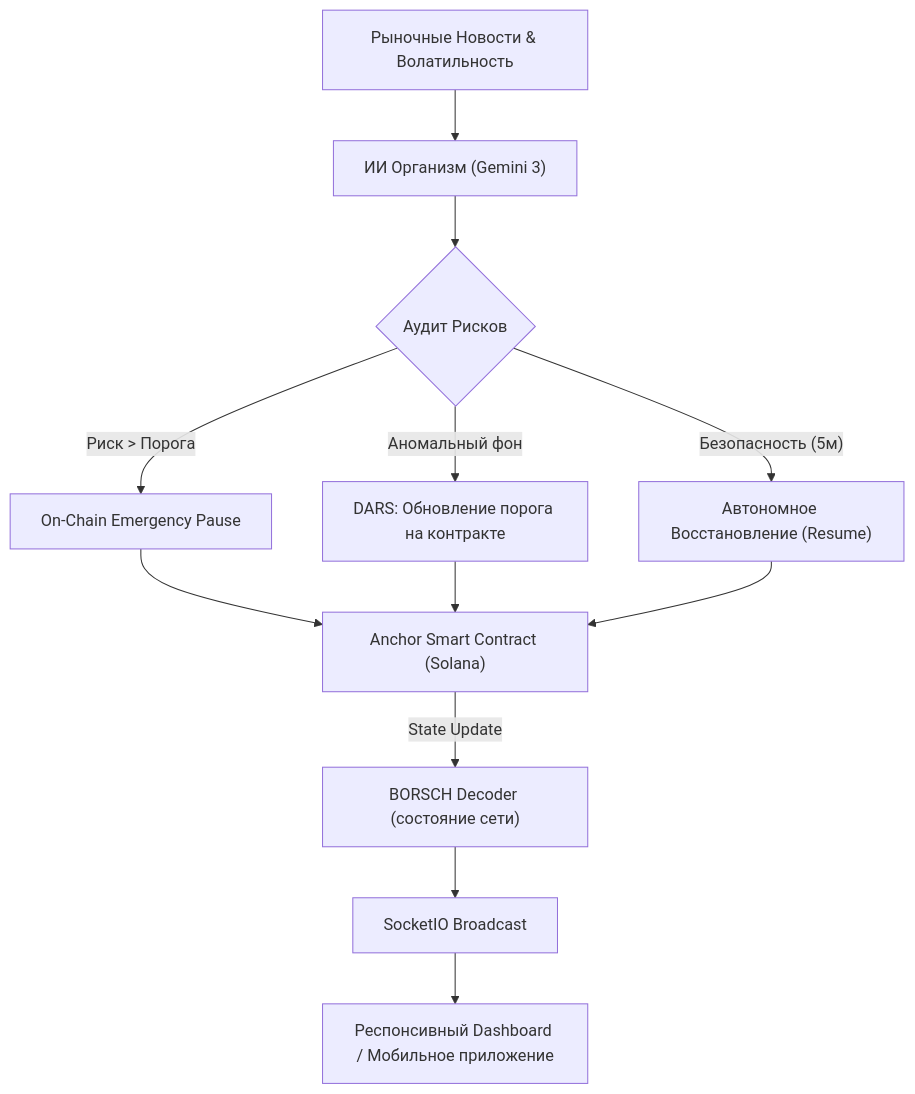
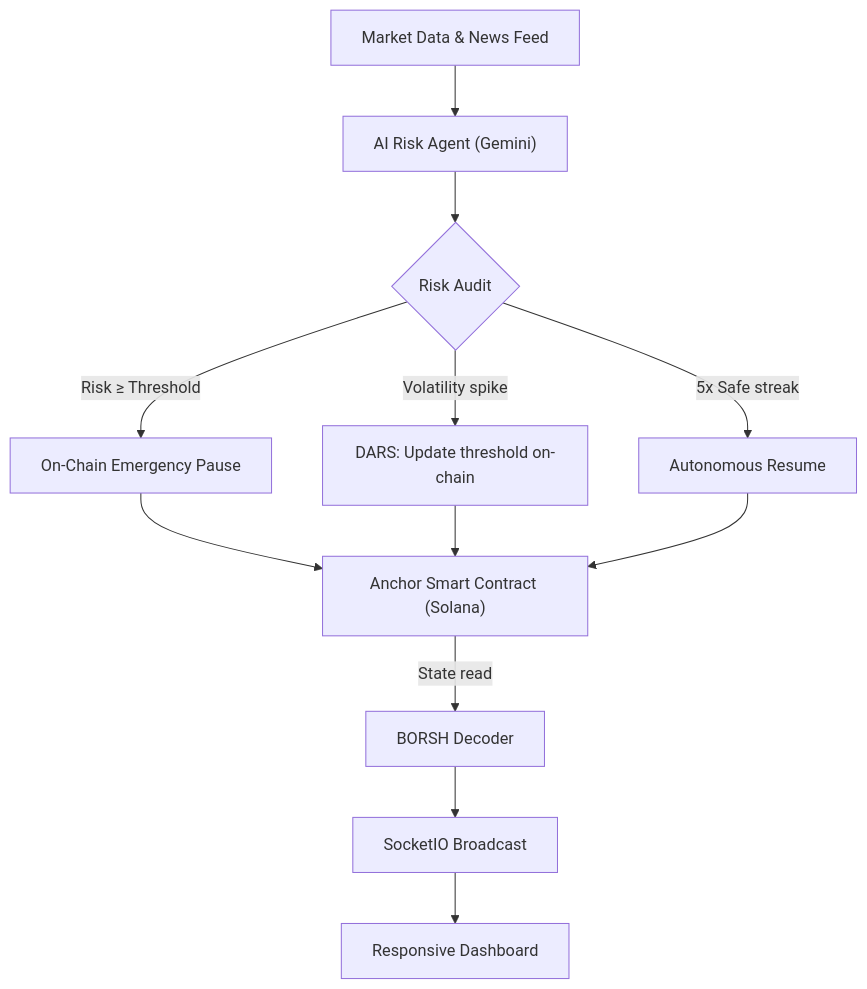
The diagram in README.md (hookinnt/Decentrahack), drawn with Mermaid before and after one commit. The commit also changed other lines of this file and 3 other files, not shown here.

````diff
--- a/README.md
+++ b/README.md
@@ -43,16 +37,16 @@
 ```mermaid
 graph TD
-    A["Рыночные Новости & Волатильность"] --> B["ИИ Организм (Gemini 3)"]
-    B --> C{"Аудит Рисков"}
-    C -- "Риск > Порога" --> D["On-Chain Emergency Pause"]
-    C -- "Аномальный фон" --> E["DARS: Обновление порога на контракте"]
-    C -- "Безопасность (5м)" --> F["Автономное Восстановление (Resume)"]
-    
+    A["Market Data & News Feed"] --> B["AI Risk Agent (Gemini)"]
+    B --> C{"Risk Audit"}
+    C -- "Risk ≥ Threshold" --> D["On-Chain Emergency Pause"]
+    C -- "Volatility spike" --> E["DARS: Update threshold on-chain"]
+    C -- "5x Safe streak" --> F["Autonomous Resume"]
+
     D --> G["Anchor Smart Contract (Solana)"]
     E --> G
     F --> G
-    
-    G -- "State Update" --> H["BORSCH Decoder (состояние сети)"]
+
+    G -- "State read" --> H["BORSH Decoder"]
     H --> I["SocketIO Broadcast"]
-    I --> J["Респонсивный Dashboard / Мобильное приложение"]
+    I --> J["Responsive Dashboard"]
 ```
````
